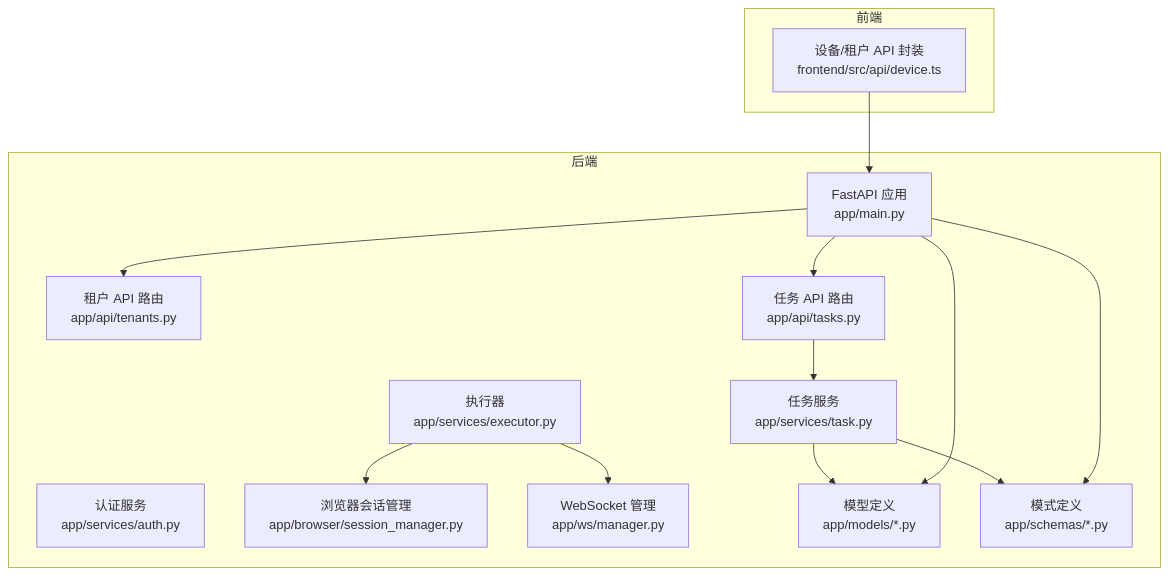
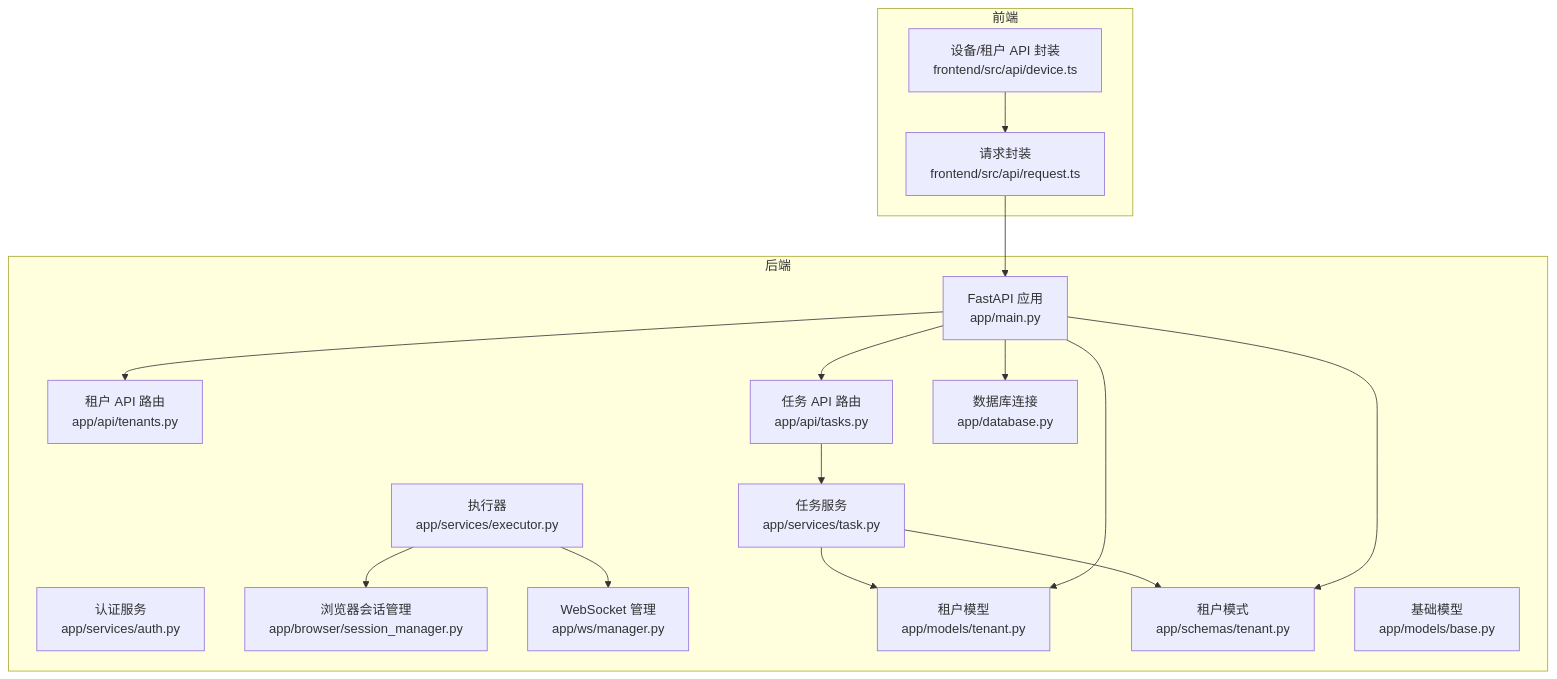
The first of 11 diagrams in .qoder/repowiki/zh/content/多租户权限管理/租户管理模块.md (onebody/ccclubs_AI_RPA), drawn with Mermaid before and after one commit. The commit also changed other lines of this file and 16 other files, not shown here.

````diff
--- a/.qoder/repowiki/zh/content/多租户权限管理/租户管理模块.md
+++ b/.qoder/repowiki/zh/content/多租户权限管理/租户管理模块.md
@@ -48,28 +61,33 @@
 ```mermaid
 graph TB
 subgraph "后端"
 A["FastAPI 应用<br/>app/main.py"]
 B["租户 API 路由<br/>app/api/tenants.py"]
 C["任务 API 路由<br/>app/api/tasks.py"]
 D["任务服务<br/>app/services/task.py"]
 E["认证服务<br/>app/services/auth.py"]
 F["执行器<br/>app/services/executor.py"]
 G["浏览器会话管理<br/>app/browser/session_manager.py"]
 H["WebSocket 管理<br/>app/ws/manager.py"]
-I["模型定义<br/>app/models/*.py"]
-J["模式定义<br/>app/schemas/*.py"]
+I["租户模型<br/>app/models/tenant.py"]
+J["租户模式<br/>app/schemas/tenant.py"]
+K["数据库连接<br/>app/database.py"]
+L["基础模型<br/>app/models/base.py"]
 end
 subgraph "前端"
-K["设备/租户 API 封装<br/>frontend/src/api/device.ts"]
+M["设备/租户 API 封装<br/>frontend/src/api/device.ts"]
+N["请求封装<br/>frontend/src/api/request.ts"]
 end
 A --> B
 A --> C
 C --> D
 D --> I
 D --> J
 F --> G
 F --> H
 A --> I
 A --> J
-K --> A
+A --> K
+M --> N
+N --> A
 ```
````
